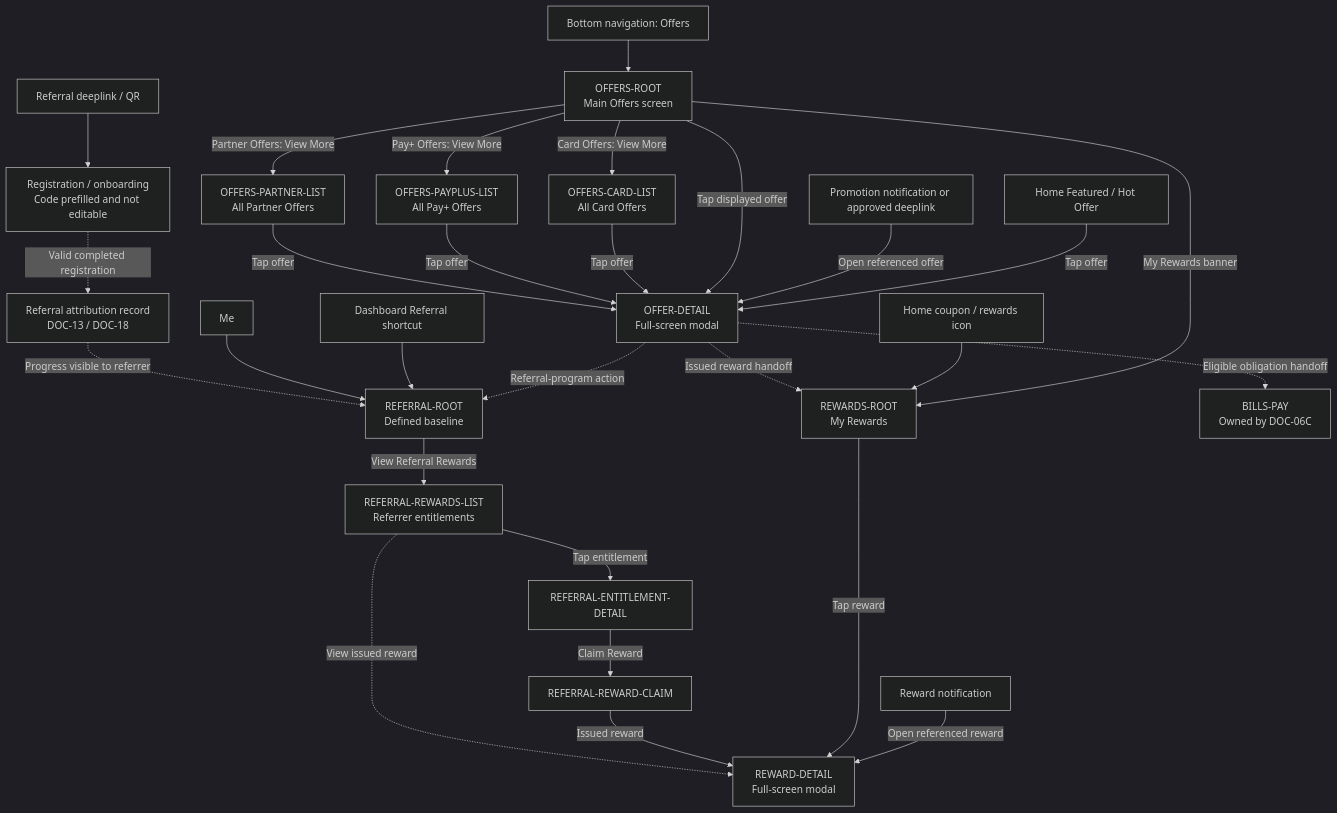
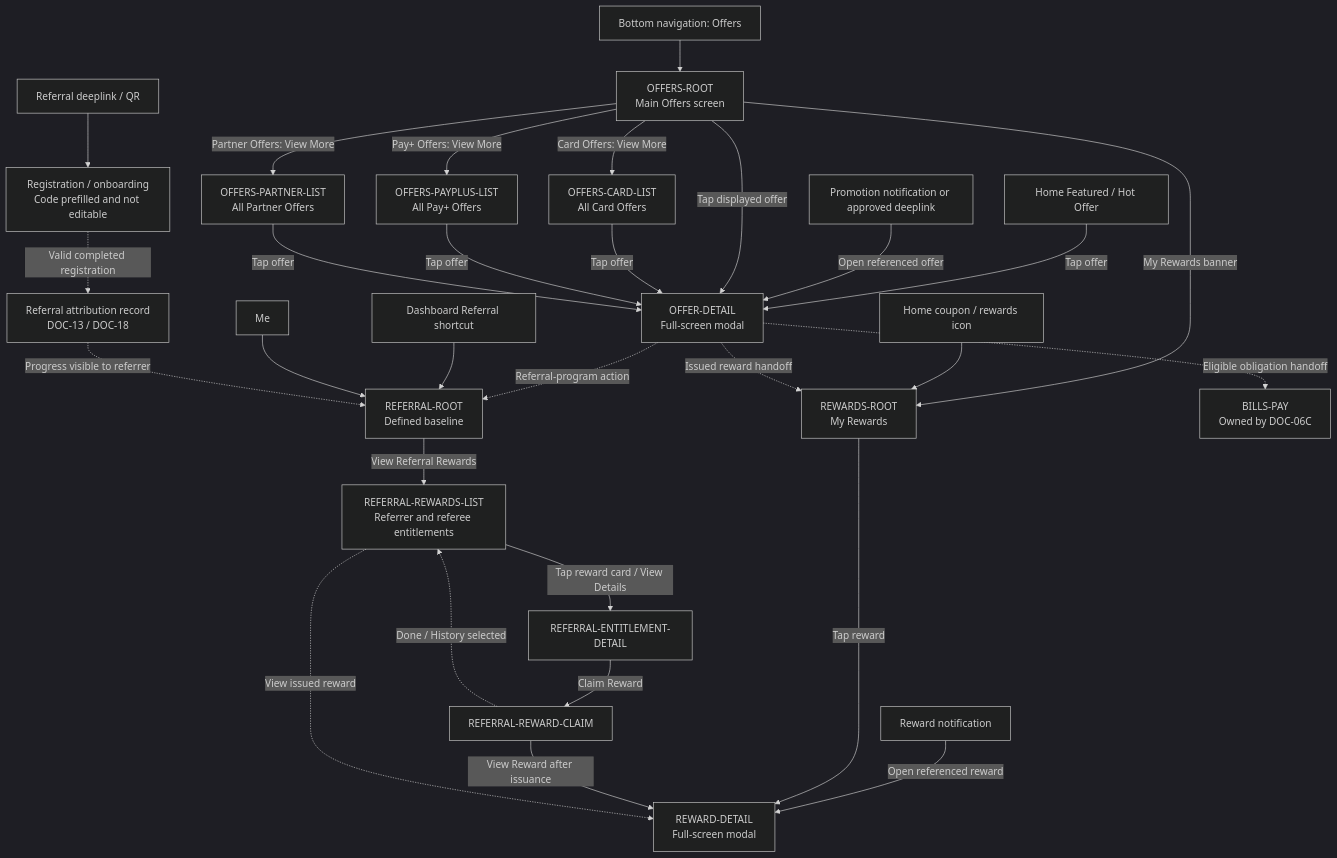
Before and after one commit to adminpayplus/payplus-docs: the seventh of 7 diagrams in docs/diagrams/payplus-app-route-entry-map.md, drawn with Mermaid (dark theme). The commit also changed 12 other files, not shown here.

````diff
--- a/docs/diagrams/payplus-app-route-entry-map.md
+++ b/docs/diagrams/payplus-app-route-entry-map.md
@@ -219,35 +219,36 @@
 ```mermaid
 flowchart TD
   NAV["Bottom navigation: Offers"] --> OROOT["OFFERS-ROOT<br/>Main Offers screen"]
   FEATURED["Home Featured / Hot Offer"] -->|"Tap offer"| ODETAIL["OFFER-DETAIL<br/>Full-screen modal"]
   PROMONOTIF["Promotion notification or approved deeplink"] -->|"Open referenced offer"| ODETAIL
 
   OROOT -->|"Tap displayed offer"| ODETAIL
   OROOT -->|"Card Offers: View More"| CARDLIST["OFFERS-CARD-LIST<br/>All Card Offers"]
   OROOT -->|"Pay+ Offers: View More"| PAYPLUSLIST["OFFERS-PAYPLUS-LIST<br/>All Pay+ Offers"]
   OROOT -->|"Partner Offers: View More"| PARTNERLIST["OFFERS-PARTNER-LIST<br/>All Partner Offers"]
   CARDLIST -->|"Tap offer"| ODETAIL
   PAYPLUSLIST -->|"Tap offer"| ODETAIL
   PARTNERLIST -->|"Tap offer"| ODETAIL
 
   OROOT -->|"My Rewards banner"| REWARDS["REWARDS-ROOT<br/>My Rewards"]
   REWARDICON["Home coupon / rewards icon"] --> REWARDS
   REWARDNOTIF["Reward notification"] -->|"Open referenced reward"| RDETAIL["REWARD-DETAIL<br/>Full-screen modal"]
   REWARDS -->|"Tap reward"| RDETAIL
 
   ODETAIL -. "Referral-program action" .-> REFERRAL
   REFSHORTCUT["Dashboard Referral shortcut"] --> REFERRAL["REFERRAL-ROOT<br/>Defined baseline"]
   ME["Me"] --> REFERRAL
-  REFERRAL -->|"View Referral Rewards"| REFLIST["REFERRAL-REWARDS-LIST<br/>Referrer entitlements"]
-  REFLIST -->|"Tap entitlement"| REFDETAIL["REFERRAL-ENTITLEMENT-DETAIL"]
+  REFERRAL -->|"View Referral Rewards"| REFLIST["REFERRAL-REWARDS-LIST<br/>Referrer and referee entitlements"]
+  REFLIST -->|"Tap reward card / View Details"| REFDETAIL["REFERRAL-ENTITLEMENT-DETAIL"]
   REFDETAIL -->|"Claim Reward"| REFCLAIM["REFERRAL-REWARD-CLAIM"]
-  REFCLAIM -->|"Issued reward"| RDETAIL
+  REFCLAIM -->|"View Reward after issuance"| RDETAIL
+  REFCLAIM -. "Done / History selected" .-> REFLIST
   REFLIST -. "View issued reward" .-> RDETAIL
 
   REFLINK["Referral deeplink / QR"] --> REGISTRATION["Registration / onboarding<br/>Code prefilled and not editable"]
   REGISTRATION -. "Valid completed registration" .-> ATTRIBUTION["Referral attribution record<br/>DOC-13 / DOC-18"]
   ATTRIBUTION -. "Progress visible to referrer" .-> REFERRAL
 
   ODETAIL -. "Issued reward handoff" .-> REWARDS
   ODETAIL -. "Eligible obligation handoff" .-> BPAY["BILLS-PAY<br/>Owned by DOC-06C"]
 ```
````
